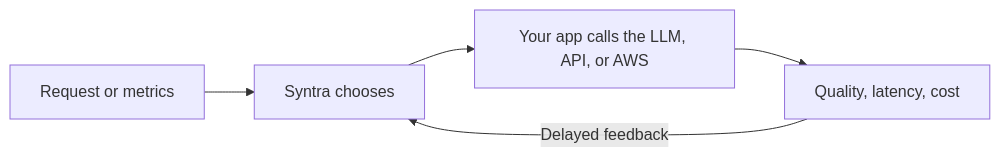
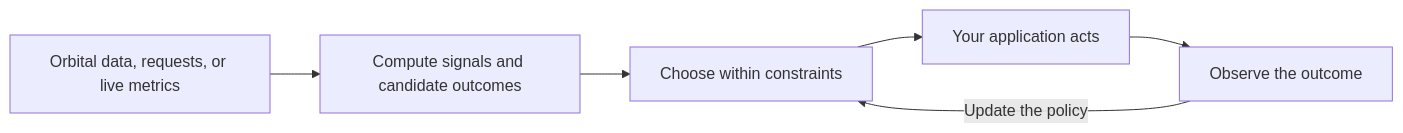
The diagram in README.md (ashhart/Syntra), drawn with Mermaid before and after one commit. The commit also changed other lines of this file, not shown here.

````diff
--- a/README.md
+++ b/README.md
@@ -17,7 +28,8 @@
 ```mermaid
 flowchart LR
-    context["Request or metrics"] --> syntra["Syntra chooses"]
-    syntra --> app["Your app calls the LLM, API, or AWS"]
-    app --> outcome["Quality, latency, cost"]
-    outcome -->|Delayed feedback| syntra
+    inputs["Orbital data, requests, or live metrics"] --> compute["Compute signals and candidate outcomes"]
+    compute --> choose["Choose within constraints"]
+    choose --> app["Your application acts"]
+    app --> feedback["Observe the outcome"]
+    feedback -->|Update the policy| choose
 ```
````
